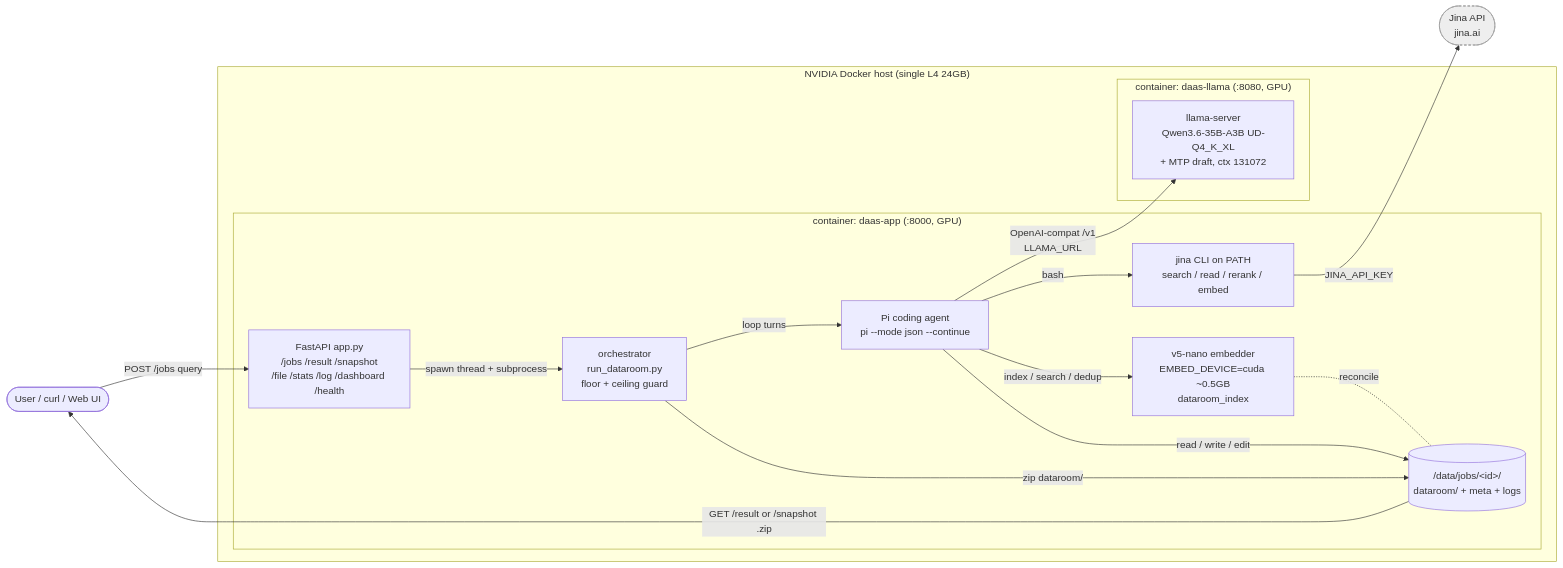
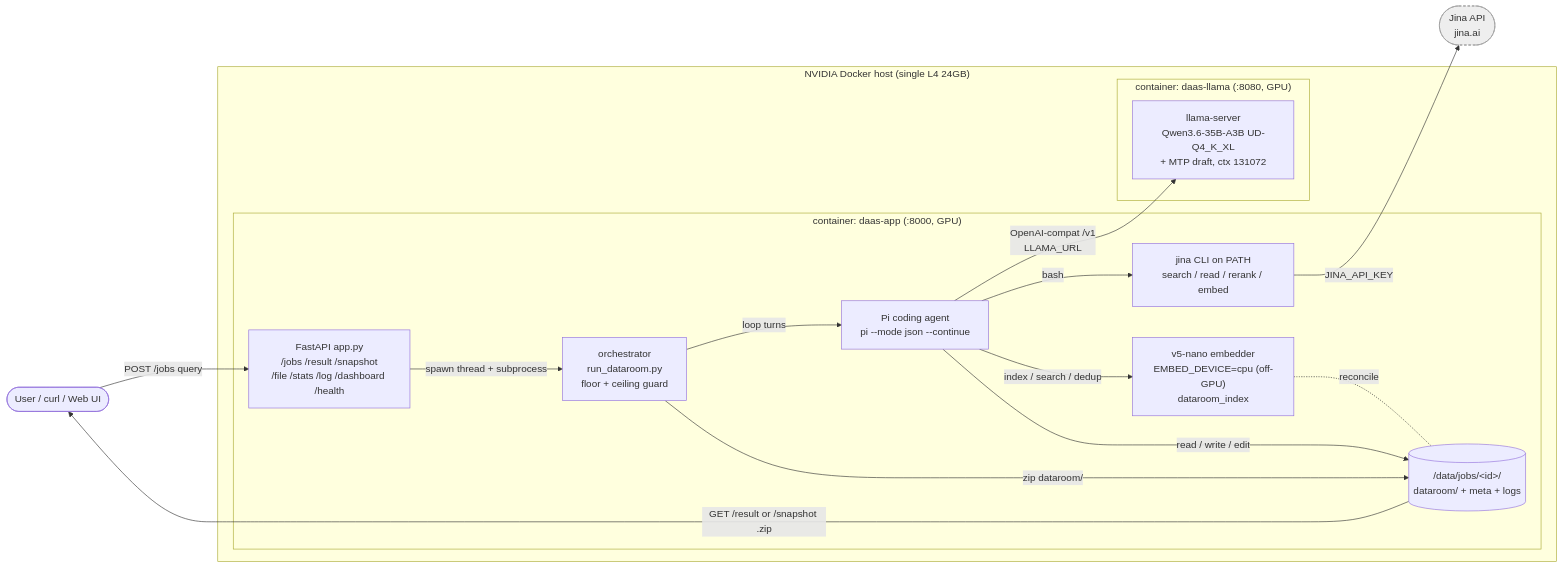
Before and after one commit to hanxiao/dataroom: the diagram in README.md, drawn with Mermaid. The commit also changed other lines of this file and 3 other files, not shown here.

First line of the commit message:
Homepage layout + embedder to CPU

````diff
--- a/README.md
+++ b/README.md
@@ -121,34 +121,34 @@
 ```mermaid
 flowchart LR
     user([User / curl / Web UI]) -->|POST /jobs query| api
 
     subgraph host["NVIDIA Docker host (single L4 24GB)"]
         subgraph appc["container: daas-app (:8000, GPU)"]
             api["FastAPI app.py<br/>/jobs /result /snapshot<br/>/file /stats /log /dashboard /health"]
             orch["orchestrator<br/>run_dataroom.py<br/>floor + ceiling guard"]
             pi["Pi coding agent<br/>pi --mode json --continue"]
             jina["jina CLI on PATH<br/>search / read / rerank / embed"]
-            emb["v5-nano embedder<br/>EMBED_DEVICE=cuda ~0.5GB<br/>dataroom_index"]
+            emb["v5-nano embedder<br/>EMBED_DEVICE=cpu (off-GPU)<br/>dataroom_index"]
             disk[("/data/jobs/&lt;id&gt;/<br/>dataroom/ + meta + logs")]
         end
 
         subgraph llamac["container: daas-llama (:8080, GPU)"]
             llama["llama-server<br/>Qwen3.6-35B-A3B UD-Q4_K_XL<br/>+ MTP draft, ctx 131072"]
         end
     end
 
     jinacloud([Jina API<br/>jina.ai]):::ext
 
     api -->|spawn thread + subprocess| orch
     orch -->|loop turns| pi
     pi -->|OpenAI-compat /v1<br/>LLAMA_URL| llama
     pi -->|bash| jina
     jina -->|JINA_API_KEY| jinacloud
     pi -->|index / search / dedup| emb
     pi -->|read / write / edit| disk
     emb -.reconcile.- disk
     orch -->|zip dataroom/| disk
     disk -->|GET /result or /snapshot .zip| user
 
     classDef ext fill:#eee,stroke:#999,stroke-dasharray:4 3;
 ```
````
